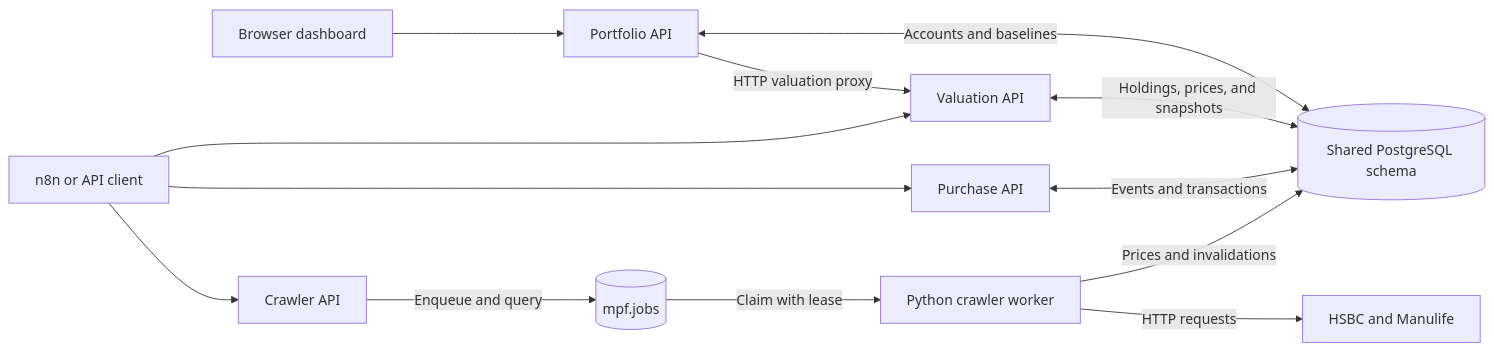
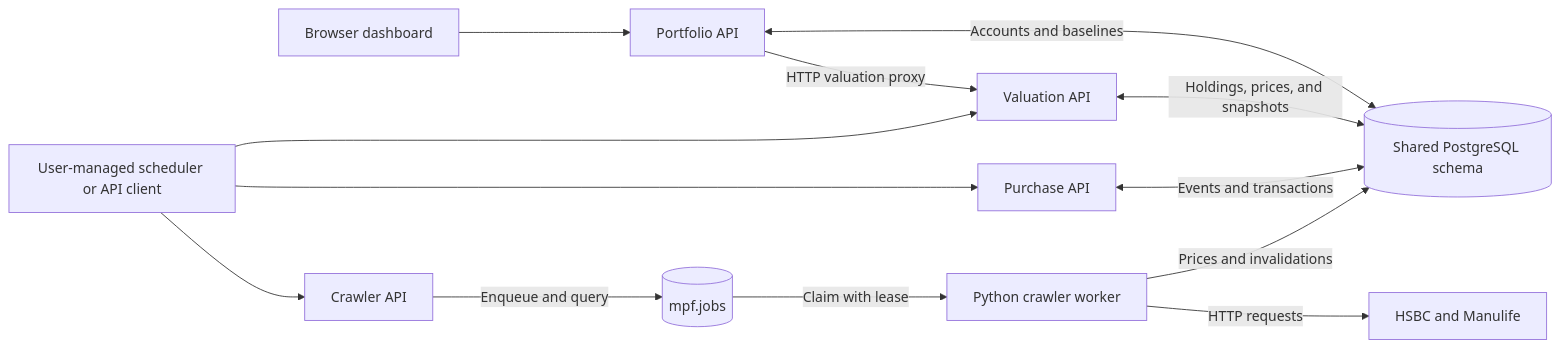
Before and after one commit to wahackr/MPF-Tracker: the diagram in ARCHITECTURE.md, drawn with Mermaid. The commit also changed other lines of this file and 6 other files, not shown here.

````diff
--- a/ARCHITECTURE.md
+++ b/ARCHITECTURE.md
@@ -9,15 +9,15 @@
 ```mermaid
 flowchart LR
     Browser[Browser dashboard] --> Portfolio[Portfolio API]
-    Scheduler[n8n or API client] --> Crawler[Crawler API]
+    Scheduler[User-managed scheduler or API client] --> Crawler[Crawler API]
     Scheduler --> Purchase[Purchase API]
     Scheduler --> Valuation[Valuation API]
     Portfolio -->|HTTP valuation proxy| Valuation
     Crawler -->|Enqueue and query| Jobs[(mpf.jobs)]
     Jobs -->|Claim with lease| Worker[Python crawler worker]
     Worker -->|HTTP requests| Providers[HSBC and Manulife]
     Worker -->|Prices and invalidations| Database[(Shared PostgreSQL schema)]
     Portfolio <-->|Accounts and baselines| Database
     Purchase <-->|Events and transactions| Database
     Valuation <-->|Holdings, prices, and snapshots| Database
 ```
````
